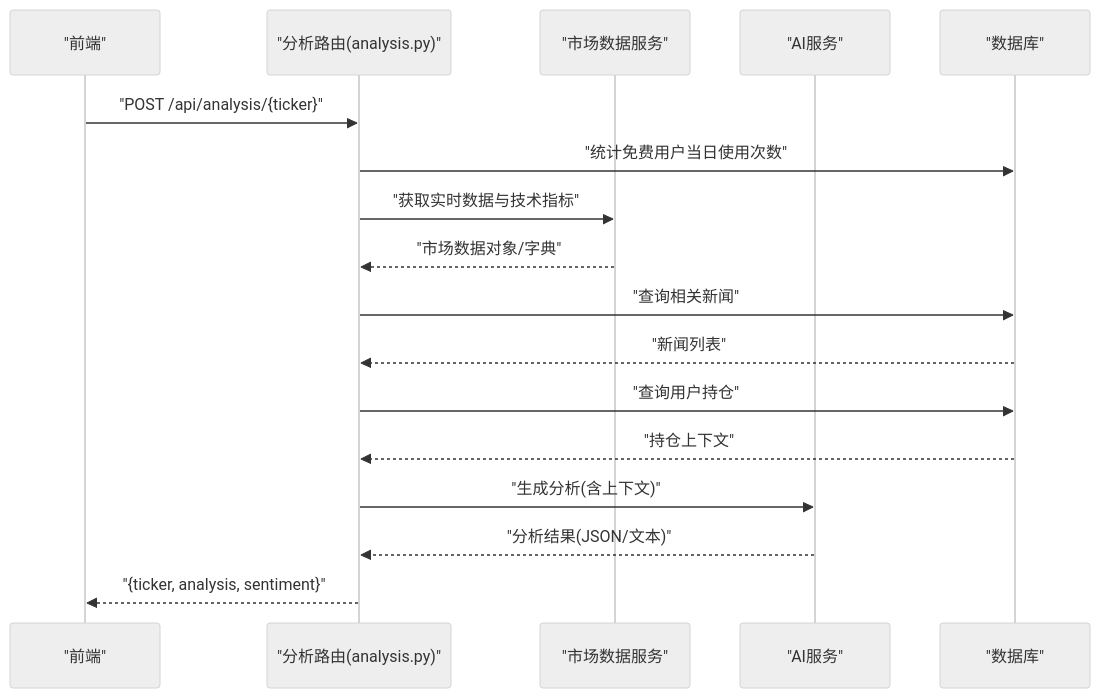
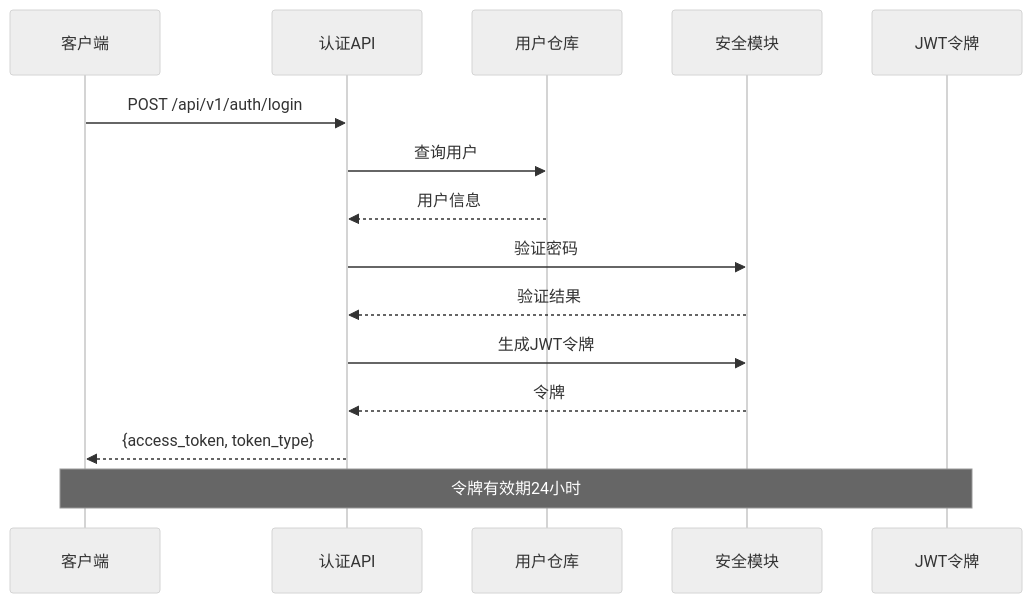
One commit to breeze-lyf/ai-stock-advisor changed the fourth of 6 diagrams in .qoder/repowiki/zh/content/系统架构/系统架构.md. Above: the diagram before and after it, drawn with Mermaid (neutral theme). The commit also changed other lines of this file and 43 other files, not shown here.

````diff
--- a/.qoder/repowiki/zh/content/系统架构/系统架构.md
+++ b/.qoder/repowiki/zh/content/系统架构/系统架构.md
@@ -203,19 +305,17 @@
 ```mermaid
 sequenceDiagram
-participant FE as "前端"
-participant API as "分析路由(analysis.py)"
-participant MD as "市场数据服务"
-participant AI as "AI服务"
-participant DB as "数据库"
-FE->>API : "POST /api/analysis/{ticker}"
-API->>DB : "统计免费用户当日使用次数"
-API->>MD : "获取实时数据与技术指标"
-MD-->>API : "市场数据对象/字典"
-API->>DB : "查询相关新闻"
-DB-->>API : "新闻列表"
-API->>DB : "查询用户持仓"
-DB-->>API : "持仓上下文"
-API->>AI : "生成分析(含上下文)"
-AI-->>API : "分析结果(JSON/文本)"
-API-->>FE : "{ticker, analysis, sentiment}"
+participant Client as 客户端
+participant AuthAPI as 认证API
+participant UserRepo as 用户仓库
+participant Security as 安全模块
+participant Token as JWT令牌
+Client->>AuthAPI : POST /api/v1/auth/login
+AuthAPI->>UserRepo : 查询用户
+UserRepo-->>AuthAPI : 用户信息
+AuthAPI->>Security : 验证密码
+Security-->>AuthAPI : 验证结果
+AuthAPI->>Security : 生成JWT令牌
+Security-->>AuthAPI : 令牌
+AuthAPI-->>Client : {access_token, token_type}
+Note over Client,Token : 令牌有效期24小时
 ```
````
